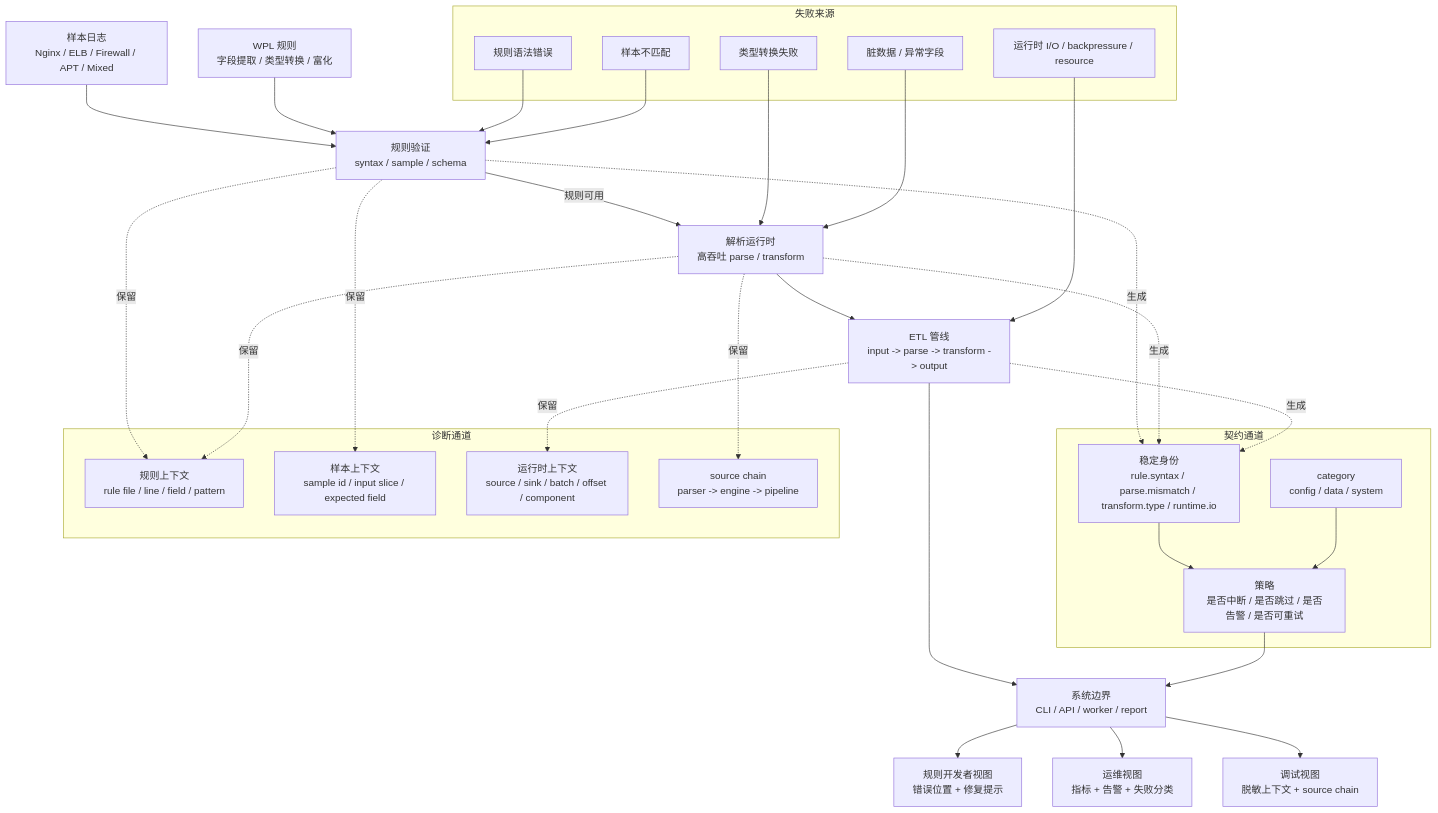
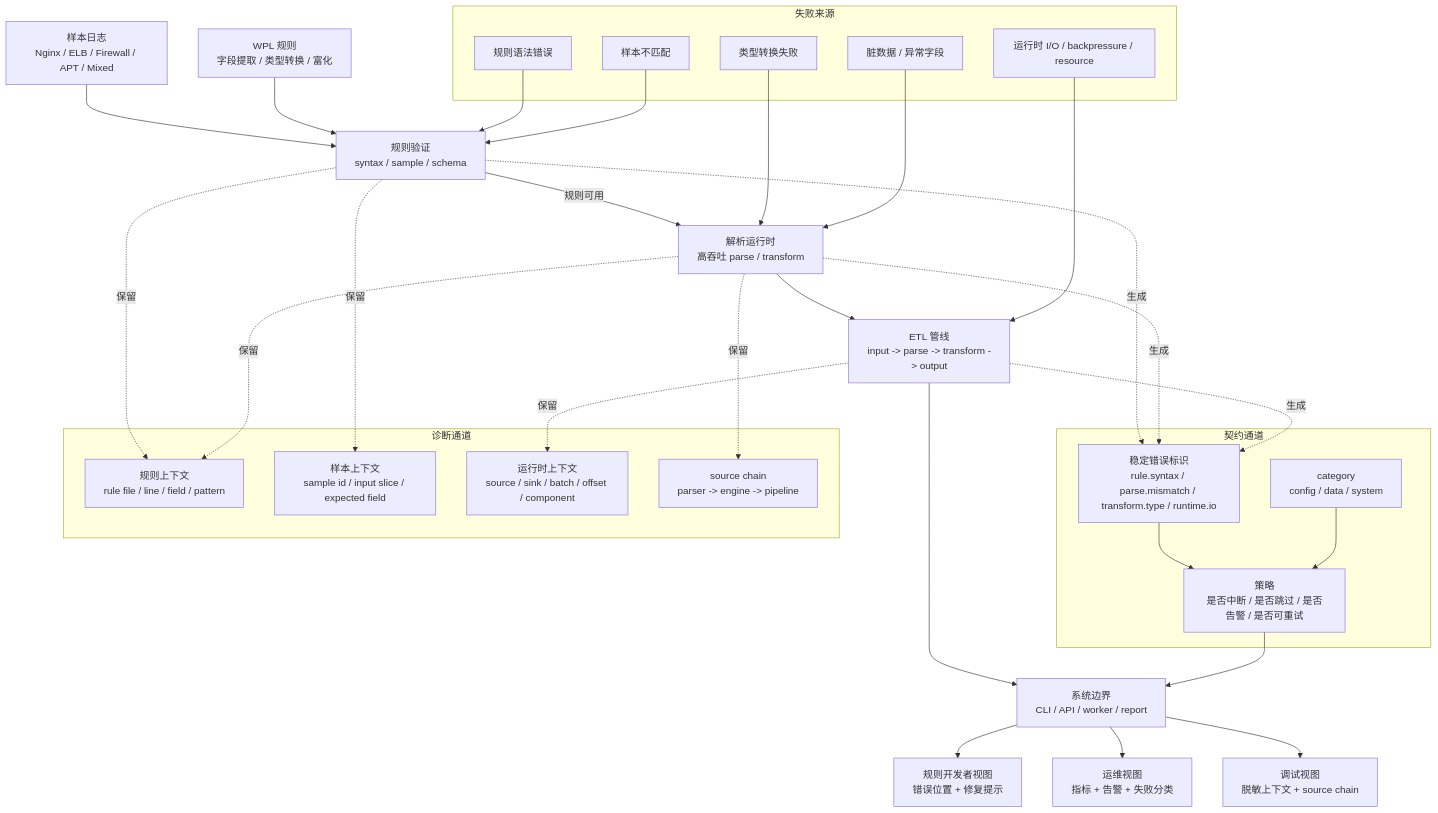
One commit to galaxio-labs/orion-error changed the second of 2 diagrams in docs/zh/src/user/manifesto.md. Above: the diagram before and after it, drawn with Mermaid. The commit also changed other lines of this file and 2 other files, not shown here.

````diff
--- a/docs/zh/src/user/manifesto.md
+++ b/docs/zh/src/user/manifesto.md
@@ -875,60 +876,60 @@
 ```mermaid
 flowchart TB
     sample["样本日志<br/>Nginx / ELB / Firewall / APT / Mixed"]
     rule["WPL 规则<br/>字段提取 / 类型转换 / 富化"]
     check["规则验证<br/>syntax / sample / schema"]
     engine["解析运行时<br/>高吞吐 parse / transform"]
     pipeline["ETL 管线<br/>input -> parse -> transform -> output"]
     boundary["系统边界<br/>CLI / API / worker / report"]
 
     sample --> check
     rule --> check
     check -->|"规则可用"| engine
     engine --> pipeline
     pipeline --> boundary
 
     subgraph failure["失败来源"]
         syntax["规则语法错误"]
         mismatch["样本不匹配"]
         typeerr["类型转换失败"]
         dirty["脏数据 / 异常字段"]
         runtime["运行时 I/O / backpressure / resource"]
     end
 
     syntax --> check
     mismatch --> check
     typeerr --> engine
     dirty --> engine
     runtime --> pipeline
 
     subgraph governance_wp["契约通道"]
-        wp_identity["稳定身份<br/>rule.syntax / parse.mismatch / transform.type / runtime.io"]
+        wp_identity["稳定错误标识<br/>rule.syntax / parse.mismatch / transform.type / runtime.io"]
         wp_category["category<br/>config / data / system"]
         wp_policy["策略<br/>是否中断 / 是否跳过 / 是否告警 / 是否可重试"]
     end
 
     subgraph diagnostic_wp["诊断通道"]
         wp_rule_ctx["规则上下文<br/>rule file / line / field / pattern"]
         wp_sample_ctx["样本上下文<br/>sample id / input slice / expected field"]
         wp_runtime_ctx["运行时上下文<br/>source / sink / batch / offset / component"]
         wp_source["source chain<br/>parser -> engine -> pipeline"]
     end
 
     check -.生成.-> wp_identity
     engine -.生成.-> wp_identity
     pipeline -.生成.-> wp_identity
 
     check -.保留.-> wp_rule_ctx
     check -.保留.-> wp_sample_ctx
     engine -.保留.-> wp_rule_ctx
     engine -.保留.-> wp_source
     pipeline -.保留.-> wp_runtime_ctx
 
     wp_identity --> wp_policy
     wp_category --> wp_policy
     wp_policy --> boundary
 
     boundary --> user_view["规则开发者视图<br/>错误位置 + 修复提示"]
     boundary --> ops_view["运维视图<br/>指标 + 告警 + 失败分类"]
     boundary --> debug_view["调试视图<br/>脱敏上下文 + source chain"]
 ```
````
